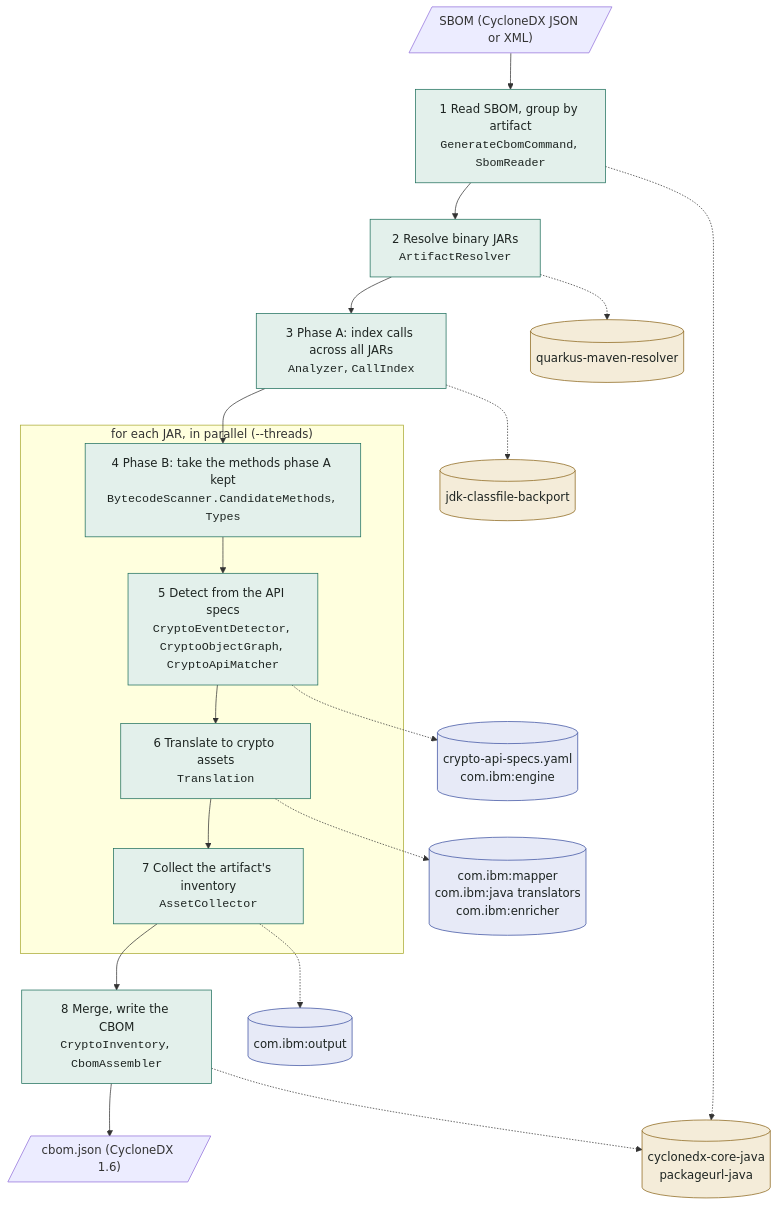
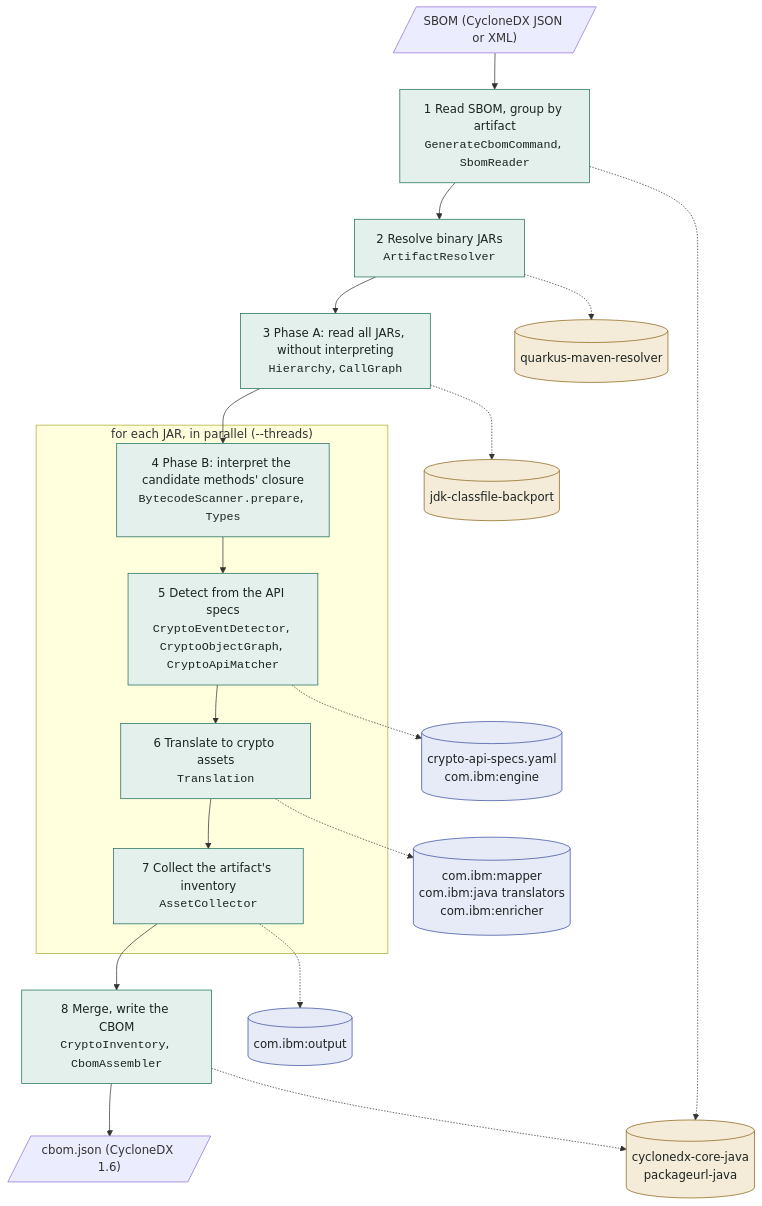
Before and after one commit to aloubyansky/cryptid: the diagram in docs/architecture.md, drawn with Mermaid. The commit also changed other lines of this file and 22 other files, not shown here.

Commit message:
Interpret only what detection needs; move CallIndex to the tests

````diff
--- a/docs/architecture.md
+++ b/docs/architecture.md
@@ -64,37 +65,37 @@
 ```mermaid
 flowchart TB
   sbom[/"SBOM (CycloneDX JSON or XML)"/]
   s1["1 Read SBOM, group by artifact<br/><code>GenerateCbomCommand</code>, <code>SbomReader</code>"]
   s2["2 Resolve binary JARs<br/><code>ArtifactResolver</code>"]
-  s3["3 Phase A: index calls across all JARs<br/><code>Analyzer</code>, <code>CallIndex</code>"]
+  s3["3 Phase A: read all JARs, without interpreting<br/><code>Hierarchy</code>, <code>CallGraph</code>"]
   subgraph perjar["for each JAR, in parallel (--threads)"]
-    s4["4 Phase B: take the methods phase A kept<br/><code>BytecodeScanner.CandidateMethods</code>, <code>Types</code>"]
+    s4["4 Phase B: interpret the candidate methods' closure<br/><code>BytecodeScanner.prepare</code>, <code>Types</code>"]
     s5["5 Detect from the API specs<br/><code>CryptoEventDetector</code>, <code>CryptoObjectGraph</code>, <code>CryptoApiMatcher</code>"]
     s6["6 Translate to crypto assets<br/><code>Translation</code>"]
     s7["7 Collect the artifact's inventory<br/><code>AssetCollector</code>"]
   end
   s8["8 Merge, write the CBOM<br/><code>CryptoInventory</code>, <code>CbomAssembler</code>"]
   cbom[/"cbom.json (CycloneDX 1.6)"/]
   sbom --> s1 --> s2 --> s3 --> s4 --> s5 --> s6 --> s7 --> s8 --> cbom
 
   cdx[("cyclonedx-core-java<br/>packageurl-java")]
   mvn[("quarkus-maven-resolver")]
   cf[("jdk-classfile-backport")]
   rules[("crypto-api-specs.yaml<br/>com.ibm:engine")]
   mapper[("com.ibm:mapper<br/>com.ibm:java translators<br/>com.ibm:enricher")]
   out[("com.ibm:output")]
   s1 -.-> cdx
   s2 -.-> mvn
   s3 -.-> cf
   s5 -.-> rules
   s6 -.-> mapper
   s7 -.-> out
   s8 -.-> cdx
 
   classDef ours fill:#e3f0eb,stroke:#1f6f5c,color:#1d2421
   classDef ibm fill:#e7eaf7,stroke:#3b4fa0,color:#1d2421
   classDef lib fill:#f4ecd9,stroke:#8a6418,color:#1d2421
   class s1,s2,s3,s4,s5,s6,s7,s8 ours
   class rules,mapper,out ibm
   class cdx,mvn,cf lib
 ```
````
